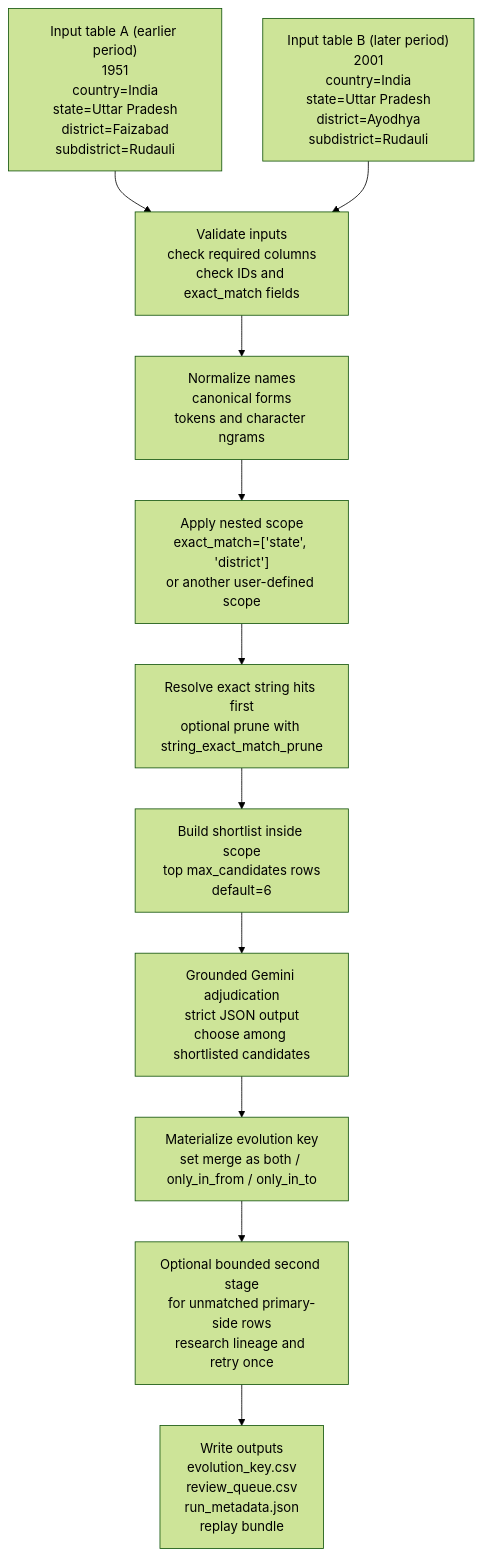
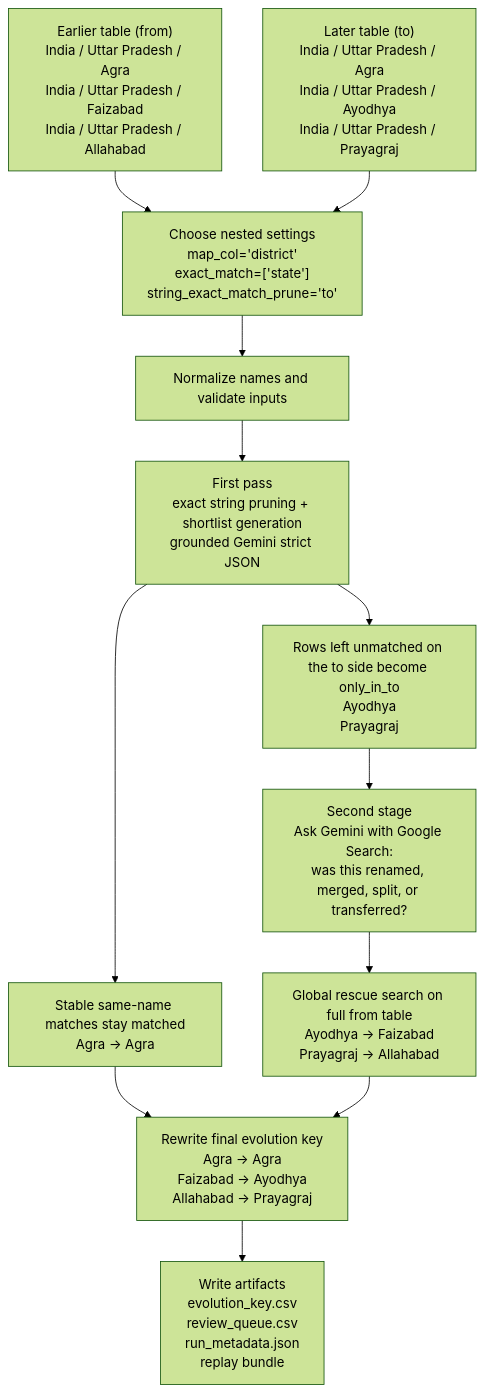
The diagram in README.md (TahaIbrahimSiddiqui/AdminLineageAI), drawn with Mermaid (forest theme) before and after one commit. The commit also changed other lines of this file, not shown here.

Commit message:
docs(readme): move flowchart near cli section
Replace the earlier generic flowchart with a nested-data matching example based on renamed districts and place it just before the optional CLI section.

````diff
--- a/README.md
+++ b/README.md
@@ -17,25 +129,26 @@
 ```mermaid
 flowchart TD
-    A["Input table A (earlier period)<br/>1951<br/>country=India<br/>state=Uttar Pradesh<br/>district=Faizabad<br/>subdistrict=Rudauli"]
-    B["Input table B (later period)<br/>2001<br/>country=India<br/>state=Uttar Pradesh<br/>district=Ayodhya<br/>subdistrict=Rudauli"]
-    C["Validate inputs<br/>check required columns<br/>check IDs and exact_match fields"]
-    D["Normalize names<br/>canonical forms<br/>tokens and character ngrams"]
-    E["Apply nested scope<br/>exact_match=['state', 'district']<br/>or another user-defined scope"]
-    F["Resolve exact string hits first<br/>optional prune with string_exact_match_prune"]
-    G["Build shortlist inside scope<br/>top max_candidates rows<br/>default=6"]
-    H["Grounded Gemini adjudication<br/>strict JSON output<br/>choose among shortlisted candidates"]
-    I["Materialize evolution key<br/>set merge as both / only_in_from / only_in_to"]
-    J["Optional bounded second stage<br/>for unmatched primary-side rows<br/>research lineage and retry once"]
-    K["Write outputs<br/>evolution_key.csv<br/>review_queue.csv<br/>run_metadata.json<br/>replay bundle"]
+    A["Earlier table (from)<br/>India / Uttar Pradesh / Agra<br/>India / Uttar Pradesh / Faizabad<br/>India / Uttar Pradesh / Allahabad"]
+    B["Later table (to)<br/>India / Uttar Pradesh / Agra<br/>India / Uttar Pradesh / Ayodhya<br/>India / Uttar Pradesh / Prayagraj"]
+    C["Choose nested settings<br/>map_col='district'<br/>exact_match=['state']<br/>string_exact_match_prune='to'"]
+    D["Normalize names and validate inputs"]
+    E["First pass<br/>exact string pruning + shortlist generation<br/>grounded Gemini strict JSON"]
+    F["Stable same-name matches stay matched<br/>Agra -> Agra"]
+    G["Rows left unmatched on the to side become only_in_to<br/>Ayodhya<br/>Prayagraj"]
+    H["Second stage<br/>Ask Gemini with Google Search:<br/>was this renamed, merged, split, or transferred?"]
+    I["Global rescue search on full from table<br/>Ayodhya -> Faizabad<br/>Prayagraj -> Allahabad"]
+    J["Rewrite final evolution key<br/>Agra -> Agra<br/>Faizabad -> Ayodhya<br/>Allahabad -> Prayagraj"]
+    K["Write artifacts<br/>evolution_key.csv<br/>review_queue.csv<br/>run_metadata.json<br/>replay bundle"]
 
     A --> C
     B --> C
     C --> D
     D --> E
     E --> F
-    F --> G
+    E --> G
     G --> H
     H --> I
+    F --> J
     I --> J
     J --> K
 ```
````
